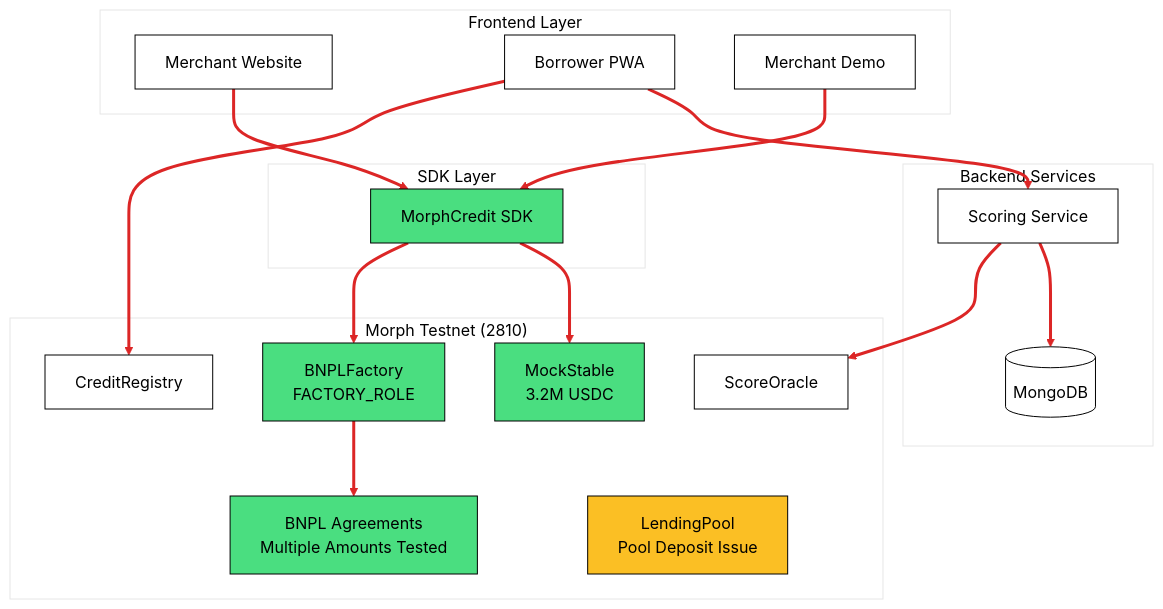
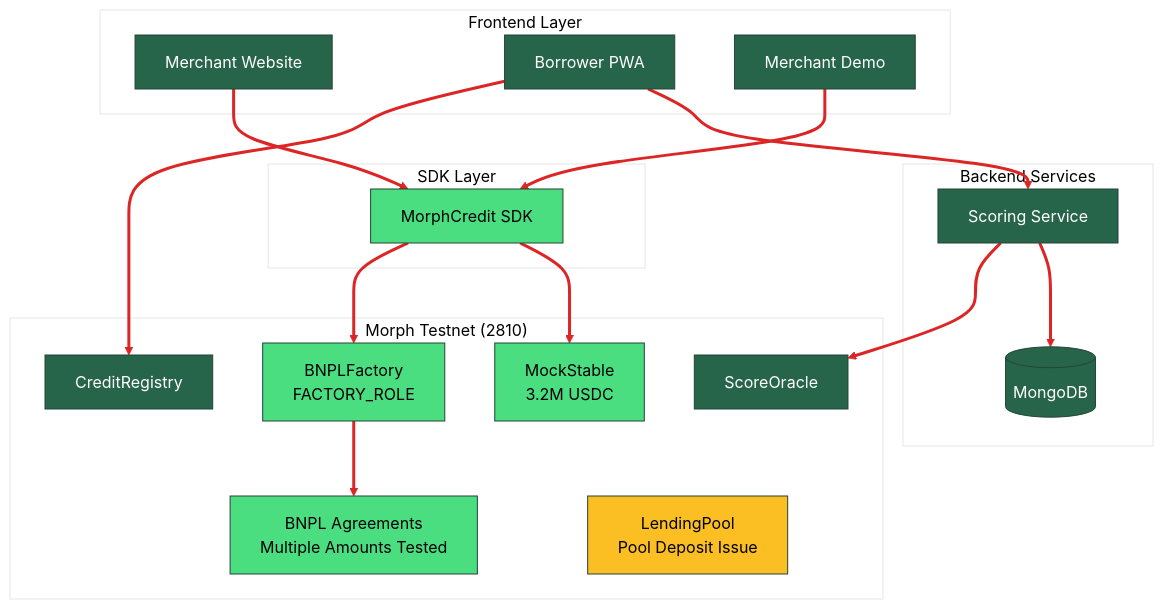
The fifth of 6 diagrams in README.md (okwareddevnest/MorphCredit), drawn with Mermaid before and after one commit.

````diff
--- a/README.md
+++ b/README.md
@@ -414,53 +414,74 @@
 ```mermaid
-%%{init: {'theme':'base', 'themeVariables': {'primaryColor': '#ffffff', 'primaryTextColor': '#000000', 'primaryBorderColor': '#000000', 'lineColor': '#dc2626', 'edgeLabelBackground': '#ffffff', 'clusterBkg': '#ffffff', 'secondaryColor': '#ffffff', 'tertiaryColor': '#ffffff', 'background': '#ffffff', 'mainBkg': '#ffffff', 'secondBkg': '#ffffff', 'tertiaryBkg': '#ffffff'}}}%%
+---
+config:
+  theme: base
+  themeVariables:
+    primaryColor: '#ffffff'
+    primaryTextColor: '#000000'
+    primaryBorderColor: '#000000'
+    lineColor: '#dc2626'
+    edgeLabelBackground: '#ffffff'
+    clusterBkg: '#ffffff'
+    secondaryColor: '#ffffff'
+    tertiaryColor: '#ffffff'
+    background: '#ffffff'
+    mainBkg: '#ffffff'
+    secondBkg: '#ffffff'
+  layout: fixed
+---
 flowchart TB
-  subgraph "Frontend Layer"
-    MW[Merchant Website]
-    BP[Borrower PWA]
-    MD[Merchant Demo]
+ subgraph subGraph0["Frontend Layer"]
+        MW["Merchant Website"]
+        BP["Borrower PWA"]
+        MD["Merchant Demo"]
   end
-  
-  subgraph "SDK Layer"
-    SDK[MorphCredit SDK]
+ subgraph subGraph1["SDK Layer"]
+        SDK["MorphCredit SDK"]
   end
-  
-  subgraph "Morph Testnet (2810)"
-    BF[BNPLFactory<br/>FACTORY_ROLE]
-    MS[MockStable<br/>3.2M USDC]
-    BA[BNPL Agreements<br/>Multiple Amounts Tested]
-    SO[ScoreOracle]
-    CR[CreditRegistry]
-    LP[LendingPool<br/>Pool Deposit Issue]
+ subgraph subGraph2["Morph Testnet (2810)"]
+        BF["BNPLFactory<br>FACTORY_ROLE"]
+        MS["MockStable<br>3.2M USDC"]
+        BA["BNPL Agreements<br>Multiple Amounts Tested"]
+        SO["ScoreOracle"]
+        CR["CreditRegistry"]
+        LP["LendingPool<br>Pool Deposit Issue"]
   end
-  
-  subgraph "Backend Services"
-    SC[Scoring Service]
-    DB[(MongoDB)]
+ subgraph subGraph3["Backend Services"]
+        SC["Scoring Service"]
+        DB[("MongoDB")]
   end
+    MW --> SDK
+    MD --> SDK
+    SDK --> BF & MS
+    BF --> BA
+    BP --> CR & SC
+    SC --> SO & DB
+     MW:::Pine
+     BP:::Pine
+     MD:::Pine
+     SDK:::Pine
+     BF:::Pine
+     MS:::Pine
+     BA:::Pine
+     SO:::Pine
+     CR:::Pine
+     LP:::Pine
+     SC:::Pine
+     DB:::Pine
+    classDef Pine stroke-width:1px, stroke-dasharray:none, stroke:#254336, fill:#27654A, color:#FFFFFF
+    style SDK fill:#4ade80,color:#000000
+    style BF fill:#4ade80,color:#000000
+    style MS fill:#4ade80,color:#000000
+    style BA fill:#4ade80,color:#000000
+    style LP fill:#fbbf24,color:#000000
+    linkStyle 0 stroke:#dc2626,stroke-width:3px,fill:none
+    linkStyle 1 stroke:#dc2626,stroke-width:3px,fill:none
+    linkStyle 2 stroke:#dc2626,stroke-width:3px,fill:none
+    linkStyle 3 stroke:#dc2626,stroke-width:3px,fill:none
+    linkStyle 4 stroke:#dc2626,stroke-width:3px,fill:none
+    linkStyle 5 stroke:#dc2626,stroke-width:3px,fill:none
+    linkStyle 6 stroke:#dc2626,stroke-width:3px,fill:none
+    linkStyle 7 stroke:#dc2626,stroke-width:3px,fill:none
+    linkStyle 8 stroke:#dc2626,stroke-width:3px,fill:none
 
-  MW --> SDK
-  MD --> SDK
-  SDK --> BF
-  SDK --> MS
-  BF --> BA
-  BP --> CR
-  BP --> SC
-  SC --> SO
-  SC --> DB
-  
-  linkStyle 0 stroke:#dc2626,stroke-width:3px
-  linkStyle 1 stroke:#dc2626,stroke-width:3px
-  linkStyle 2 stroke:#dc2626,stroke-width:3px
-  linkStyle 3 stroke:#dc2626,stroke-width:3px
-  linkStyle 4 stroke:#dc2626,stroke-width:3px
-  linkStyle 5 stroke:#dc2626,stroke-width:3px
-  linkStyle 6 stroke:#dc2626,stroke-width:3px
-  linkStyle 7 stroke:#dc2626,stroke-width:3px
-  linkStyle 8 stroke:#dc2626,stroke-width:3px
-  
-  style BF fill:#4ade80,color:#000000
-  style MS fill:#4ade80,color:#000000
-  style BA fill:#4ade80,color:#000000
-  style SDK fill:#4ade80,color:#000000
-  style LP fill:#fbbf24,color:#000000
 ```
````
